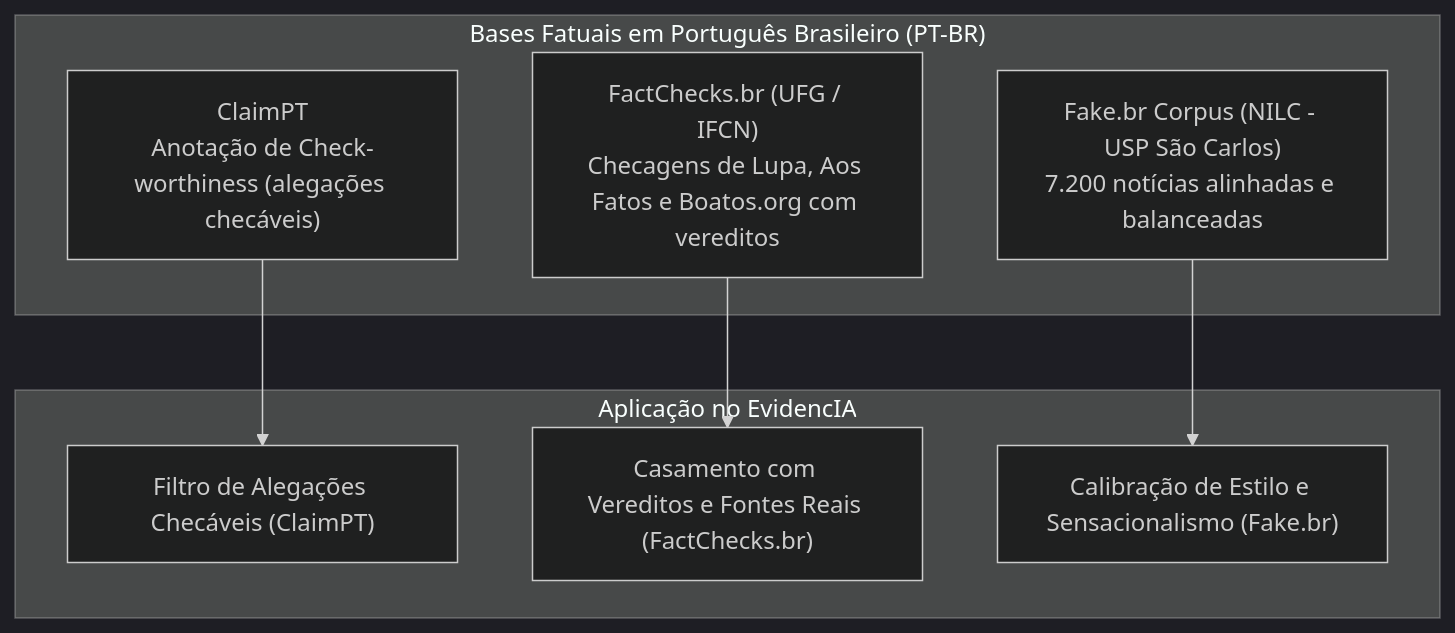
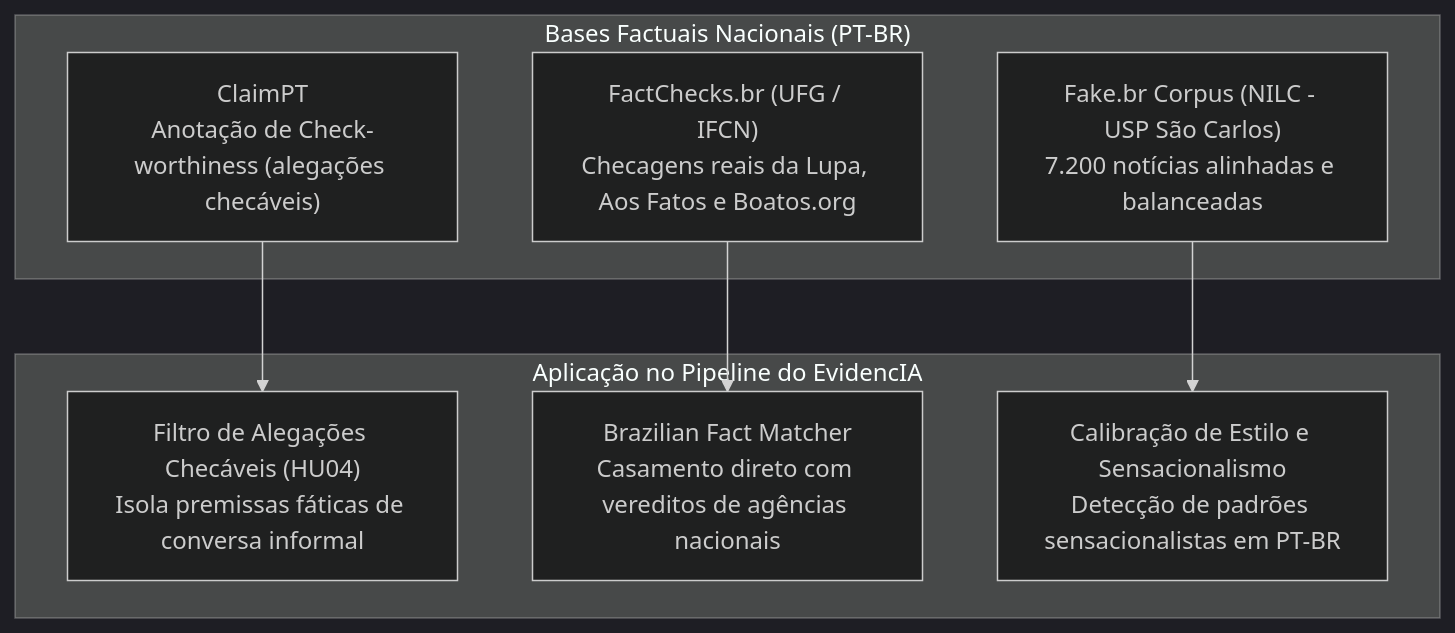
Before and after one commit to evidencia-grupo/documentation: the first of 2 diagrams in docs/tecnico/ia-e-datasets.md, drawn with Mermaid (dark theme). The commit also changed other lines of this file and 1 other file, not shown here.

Commit message:
docs(formatting): fix markdown list spacing, add admonitions, diagrams, and alternatives in ADR-005 and ia-e-datasets

````diff
--- a/docs/tecnico/ia-e-datasets.md
+++ b/docs/tecnico/ia-e-datasets.md
@@ -31,18 +39,18 @@
 ```mermaid
 flowchart TD
-    subgraph DatasetsBR["Bases Fatuais em Português Brasileiro (PT-BR)"]
-        D1["FactChecks.br (UFG / IFCN)\nChecagens de Lupa, Aos Fatos e Boatos.org com vereditos"]
+    subgraph DatasetsBR["Bases Factuais Nacionais (PT-BR)"]
+        D1["FactChecks.br (UFG / IFCN)\nChecagens reais da Lupa, Aos Fatos e Boatos.org"]
         D2["Fake.br Corpus (NILC - USP São Carlos)\n7.200 notícias alinhadas e balanceadas"]
         D3["ClaimPT\nAnotação de Check-worthiness (alegações checáveis)"]
     end
 
-    subgraph Pipeline["Aplicação no EvidencIA"]
-        P1["Filtro de Alegações Checáveis (ClaimPT)"]
-        P2["Casamento com Vereditos e Fontes Reais (FactChecks.br)"]
-        P3["Calibração de Estilo e Sensacionalismo (Fake.br)"]
+    subgraph Pipeline["Aplicação no Pipeline do EvidencIA"]
+        P1["Filtro de Alegações Checáveis (HU04)\nIsola premissas fáticas de conversa informal"]
+        P2["Brazilian Fact Matcher\nCasamento direto com vereditos de agências nacionais"]
+        P3["Calibração de Estilo e Sensacionalismo\nDetecção de padrões sensacionalistas em PT-BR"]
     end
 
     D3 --> P1
     D1 --> P2
     D2 --> P3
 ```
````
